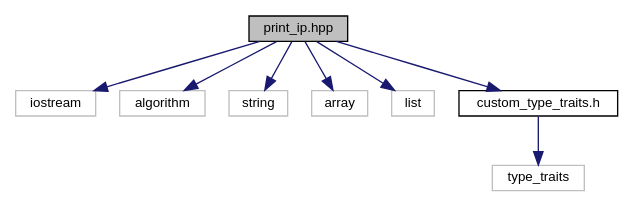
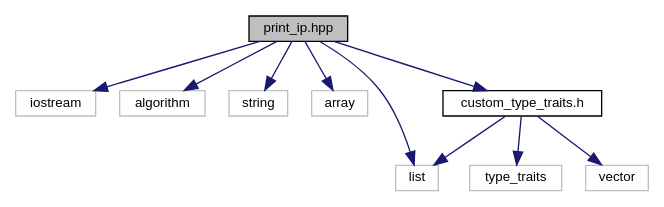
The diagram in print__ip_8hpp__incl.dot (Rishat22/ConditionalIPAddressPrintingFunction), drawn with Graphviz before and after one commit. The commit also changed 38 other files, not shown here.

```diff
--- a/print__ip_8hpp__incl.dot
+++ b/print__ip_8hpp__incl.dot
@@ -1,21 +1,24 @@
 digraph "print_ip.hpp"
 {
  // LATEX_PDF_SIZE
   edge [fontname="Helvetica",fontsize="10",labelfontname="Helvetica",labelfontsize="10"];
   node [fontname="Helvetica",fontsize="10",shape=record];
   Node1 [label="print_ip.hpp",height=0.2,width=0.4,color="black", fillcolor="grey75", style="filled", fontcolor="black",tooltip=" "];
   Node1 -> Node2 [color="midnightblue",fontsize="10",style="solid",fontname="Helvetica"];
   Node2 [label="iostream",height=0.2,width=0.4,color="grey75", fillcolor="white", style="filled",tooltip=" "];
   Node1 -> Node3 [color="midnightblue",fontsize="10",style="solid",fontname="Helvetica"];
   Node3 [label="algorithm",height=0.2,width=0.4,color="grey75", fillcolor="white", style="filled",tooltip=" "];
   Node1 -> Node4 [color="midnightblue",fontsize="10",style="solid",fontname="Helvetica"];
   Node4 [label="string",height=0.2,width=0.4,color="grey75", fillcolor="white", style="filled",tooltip=" "];
   Node1 -> Node5 [color="midnightblue",fontsize="10",style="solid",fontname="Helvetica"];
   Node5 [label="array",height=0.2,width=0.4,color="grey75", fillcolor="white", style="filled",tooltip=" "];
   Node1 -> Node6 [color="midnightblue",fontsize="10",style="solid",fontname="Helvetica"];
   Node6 [label="list",height=0.2,width=0.4,color="grey75", fillcolor="white", style="filled",tooltip=" "];
   Node1 -> Node7 [color="midnightblue",fontsize="10",style="solid",fontname="Helvetica"];
   Node7 [label="custom_type_traits.h",height=0.2,width=0.4,color="black", fillcolor="white", style="filled",URL="$custom__type__traits_8h.html",tooltip=" "];
   Node7 -> Node8 [color="midnightblue",fontsize="10",style="solid",fontname="Helvetica"];
   Node8 [label="type_traits",height=0.2,width=0.4,color="grey75", fillcolor="white", style="filled",tooltip=" "];
+  Node7 -> Node6 [color="midnightblue",fontsize="10",style="solid",fontname="Helvetica"];
+  Node7 -> Node9 [color="midnightblue",fontsize="10",style="solid",fontname="Helvetica"];
+  Node9 [label="vector",height=0.2,width=0.4,color="grey75", fillcolor="white", style="filled",tooltip=" "];
 }
```
